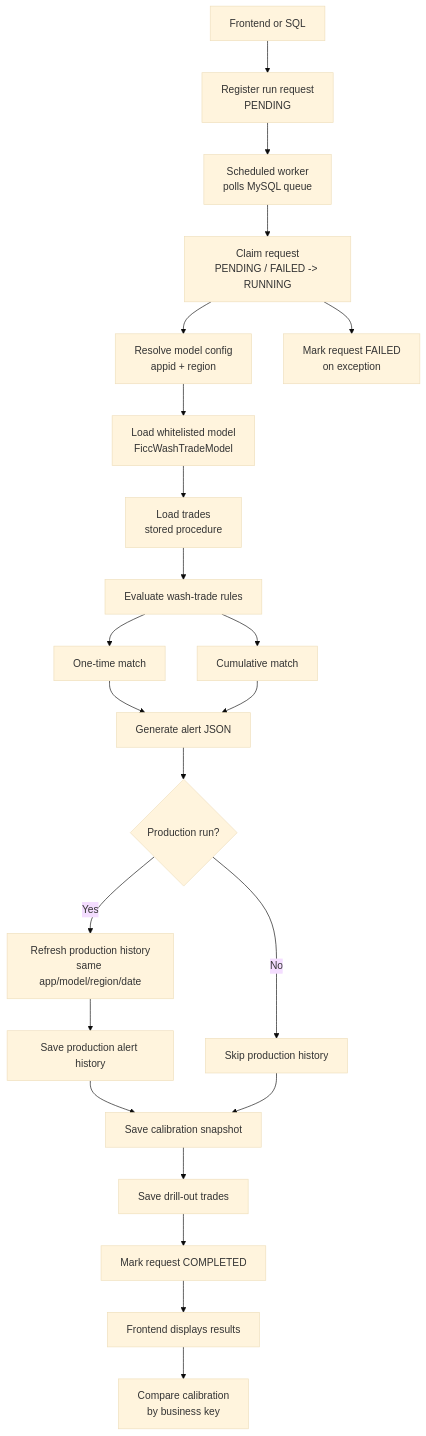
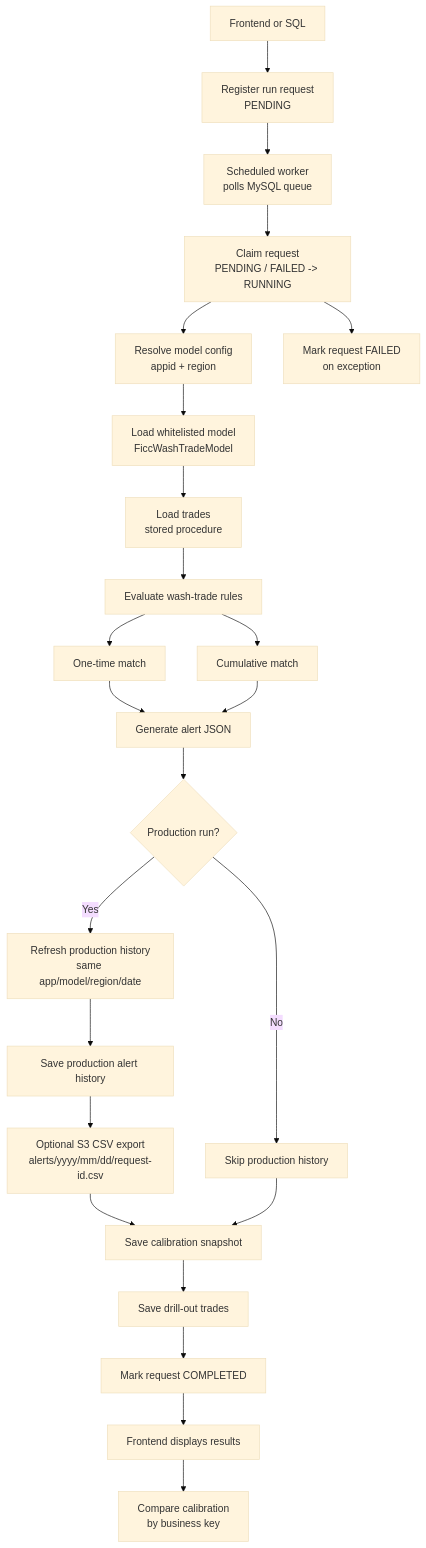
Before and after one commit to KiBeomLee16/Ficc_WashModel: the diagram in README.md, drawn with Mermaid (base theme). The commit also changed other lines of this file and 1 other file, not shown here.

````diff
--- a/README.md
+++ b/README.md
@@ -86,29 +86,30 @@
 ```mermaid
 flowchart TD
     A["Frontend or SQL"] --> B["Register run request<br/>PENDING"]
     B --> C["Scheduled worker<br/>polls MySQL queue"]
     C --> D["Claim request<br/>PENDING / FAILED -> RUNNING"]
     D --> E["Resolve model config<br/>appid + region"]
     E --> F["Load whitelisted model<br/>FiccWashTradeModel"]
     F --> G["Load trades<br/>stored procedure"]
     G --> H["Evaluate wash-trade rules"]
 
     H --> I["One-time match"]
     H --> J["Cumulative match"]
     I --> K["Generate alert JSON"]
     J --> K
 
     K --> L{"Production run?"}
     L -->|Yes| M["Refresh production history<br/>same app/model/region/date"]
     M --> N["Save production alert history"]
     L -->|No| O["Skip production history"]
 
-    N --> P["Save calibration snapshot"]
+    N --> X["Optional S3 CSV export<br/>alerts/yyyy/mm/dd/request-id.csv"]
+    X --> P["Save calibration snapshot"]
     O --> P
     P --> Q["Save drill-out trades"]
     Q --> R["Mark request COMPLETED"]
     R --> S["Frontend displays results"]
     S --> T["Compare calibration<br/>by business key"]
 
     D --> U["Mark request FAILED<br/>on exception"]
 ```
````
